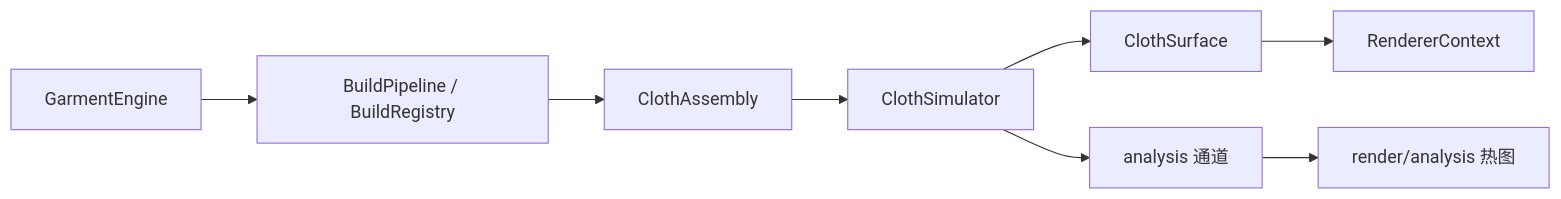
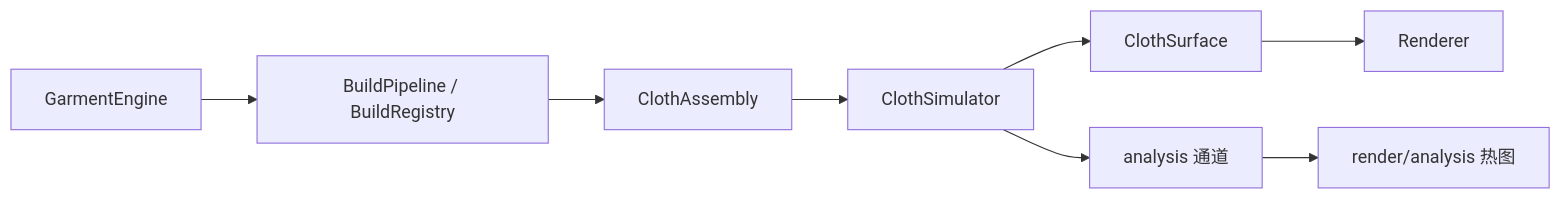
One commit to phoohow/OpenCloth changed the sixth of 6 diagrams in docs/源码架构.md. Above: the diagram before and after it, drawn with Mermaid. The commit also changed other lines of this file and 108 other files, not shown here.

````diff
--- a/docs/源码架构.md
+++ b/docs/源码架构.md
@@ -225,10 +225,10 @@
 ```mermaid
 flowchart LR
   ENGINE["GarmentEngine"] --> BUILD["BuildPipeline / BuildRegistry"]
   BUILD --> ASSEMBLY["ClothAssembly"]
   ASSEMBLY --> SOLVER["ClothSimulator"]
   SOLVER --> SURFACE["ClothSurface"]
-  SURFACE --> RENDERER["RendererContext"]
+  SURFACE --> RENDERER["Renderer"]
   SOLVER --> ANALYSIS["analysis 通道"]
   ANALYSIS --> OVERLAY["render/analysis 热图"]
 ```
````
